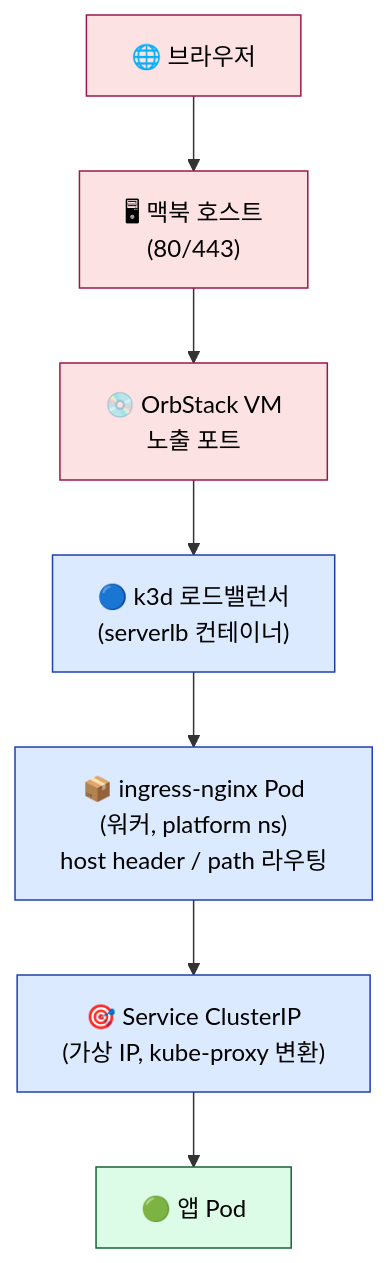
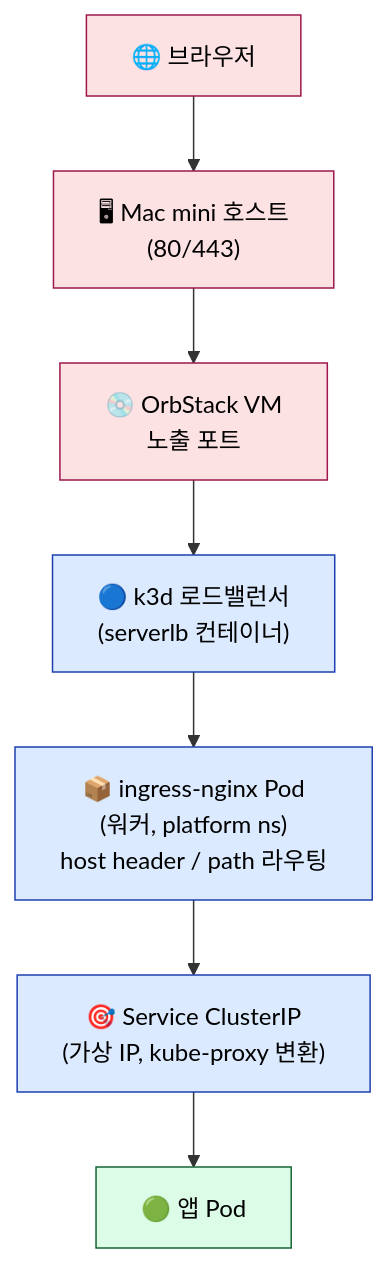
One commit to currenjin/currenjin.github.io changed the ninth of 14 diagrams in _wiki/homelab.md. Above: the diagram before and after it, drawn with Mermaid. The commit also changed other lines of this file, not shown here.

````diff
--- a/_wiki/homelab.md
+++ b/_wiki/homelab.md
@@ -407,19 +402,19 @@
 ```mermaid
 flowchart TB
   Browser["🌐 브라우저"]
-  Host["🖥 맥북 호스트<br/>(80/443)"]
+  Host["🖥 Mac mini 호스트<br/>(80/443)"]
   VM["💿 OrbStack VM<br/>노출 포트"]
   LB["🔵 k3d 로드밸런서<br/>(serverlb 컨테이너)"]
   Ing["📦 ingress-nginx Pod<br/>(워커, platform ns)<br/>host header / path 라우팅"]
   Svc["🎯 Service ClusterIP<br/>(가상 IP, kube-proxy 변환)"]
   Pod["🟢 앱 Pod"]
 
   Browser --> Host --> VM --> LB --> Ing --> Svc --> Pod
 
   classDef edge fill:#fde2e4,stroke:#9d174d,color:#000
   classDef k8s fill:#dbeafe,stroke:#1e40af,color:#000
   classDef pod fill:#dcfce7,stroke:#166534,color:#000
   class Browser,Host,VM edge
   class LB,Ing,Svc k8s
   class Pod pod
 ```
````
